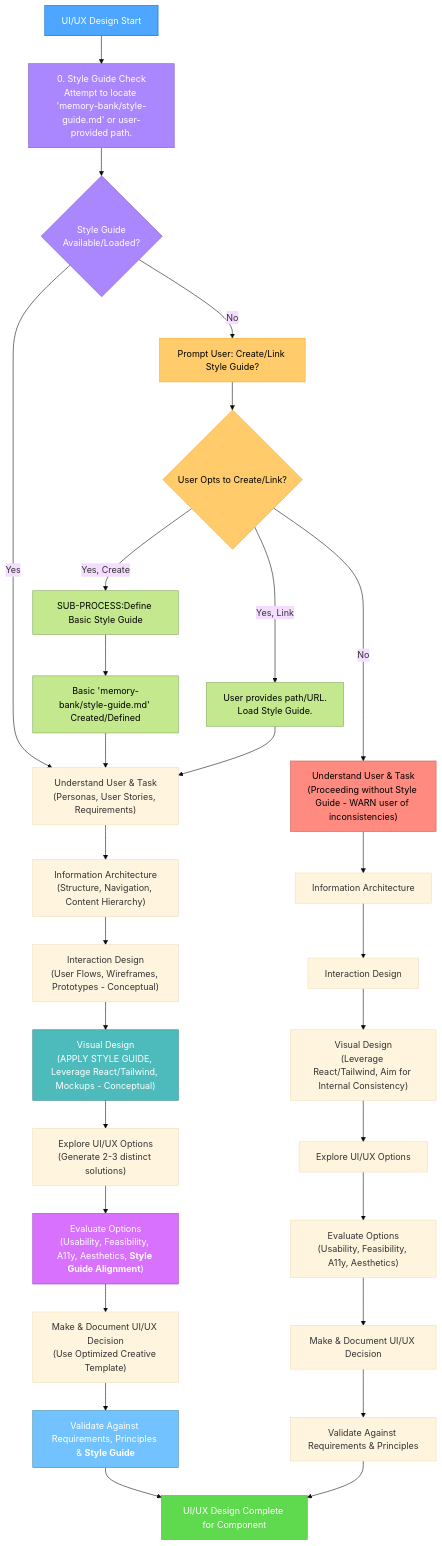
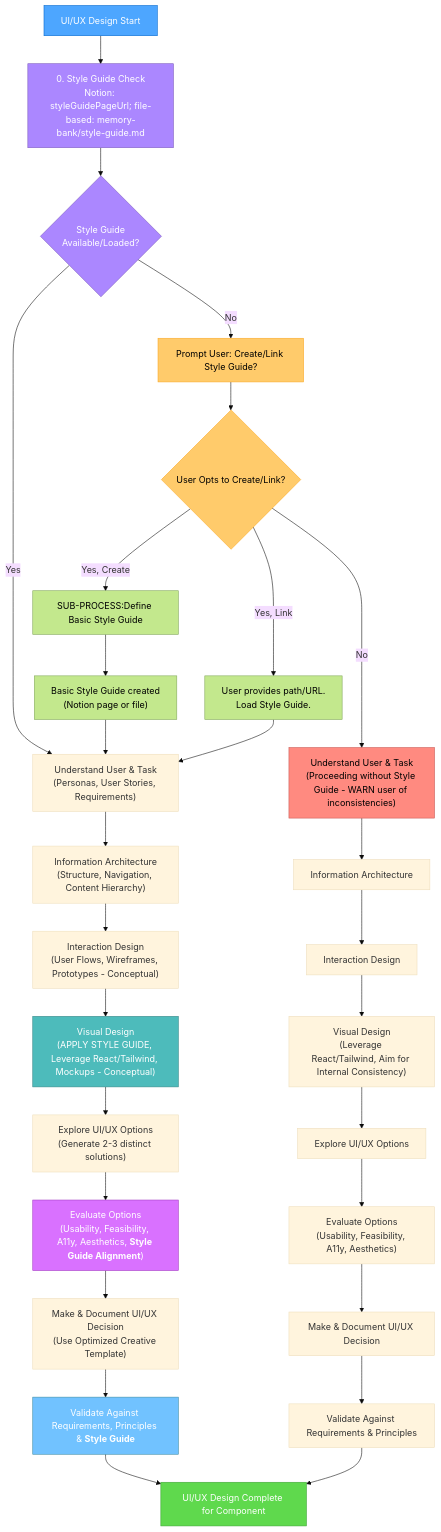
One commit to xianzhu21/cursor-memory-notion changed the first of 3 diagrams in .cursor/rules/isolation_rules/Phases/CreativePhase/creative-phase-uiux.mdc. Above: the diagram before and after it, drawn with Mermaid (base theme). The commit also changed other lines of this file and 37 other files, not shown here.

First line of the commit message:
feat: align Memory Bank rules with file-based terminology

````diff
--- a/.cursor/rules/isolation_rules/Phases/CreativePhase/creative-phase-uiux.mdc
+++ b/.cursor/rules/isolation_rules/Phases/CreativePhase/creative-phase-uiux.mdc
@@ -26,49 +27,49 @@
 ```mermaid
 graph TD
-    Start["UI/UX Design Start"] --> StyleGuideCheck["0. Style Guide Check<br>Attempt to locate 'memory-bank/style-guide.md' or user-provided path."]
+    Start["UI/UX Design Start"] --> StyleGuideCheck["0. Style Guide Check<br>Notion: styleGuidePageUrl; file-based: memory-bank/style-guide.md"]
     StyleGuideCheck --> HasStyleGuide{"Style Guide<br>Available/Loaded?"}
 
     HasStyleGuide -- "Yes" --> Understand["Understand User & Task<br>(Personas, User Stories, Requirements)"]
     HasStyleGuide -- "No" --> PromptCreateStyleGuide["Prompt User: Create/Link Style Guide?"]
 
     PromptCreateStyleGuide --> UserResponse{"User Opts to Create/Link?"}
     UserResponse -- "Yes, Create" --> DefineStyleGuideSubProcess["SUB-PROCESS:Define Basic Style Guide"]
     UserResponse -- "Yes, Link" --> LinkStyleGuide["User provides path/URL.<br>Load Style Guide."]
     UserResponse -- "No" --> Understand_NoGuide["Understand User & Task<br>(Proceeding without Style Guide - WARN user of inconsistencies)"]
 
-    DefineStyleGuideSubProcess --> StyleGuideCreated["Basic 'memory-bank/style-guide.md' Created/Defined"]
+    DefineStyleGuideSubProcess --> StyleGuideCreated["Basic Style Guide created<br>(Notion page or file)"]
     StyleGuideCreated --> Understand
     LinkStyleGuide --> Understand
     Understand_NoGuide --> InfoArch_NoGuide["Information Architecture"]
 
     Understand --> InfoArch["Information Architecture<br>(Structure, Navigation, Content Hierarchy)"]
     InfoArch --> Interaction["Interaction Design<br>(User Flows, Wireframes, Prototypes - Conceptual)"]
     Interaction --> VisualDesign["Visual Design<br>(APPLY STYLE GUIDE, Leverage React/Tailwind, Mockups - Conceptual)"]
     VisualDesign --> Options["Explore UI/UX Options<br>(Generate 2-3 distinct solutions)"]
     Options --> Evaluate["Evaluate Options<br>(Usability, Feasibility, A11y, Aesthetics, <b>Style Guide Alignment</b>)"]
     Evaluate --> Decision["Make & Document UI/UX Decision<br>(Use Optimized Creative Template)"]
     Decision --> Validate["Validate Against Requirements, Principles & <b>Style Guide</b>"]
     Validate --> UIUX_Complete["UI/UX Design Complete for Component"]
 
     InfoArch_NoGuide --> Interaction_NoGuide["Interaction Design"]
     Interaction_NoGuide --> VisualDesign_NoGuide["Visual Design<br>(Leverage React/Tailwind, Aim for Internal Consistency)"]
     VisualDesign_NoGuide --> Options_NoGuide["Explore UI/UX Options"]
     Options_NoGuide --> Evaluate_NoGuide["Evaluate Options<br>(Usability, Feasibility, A11y, Aesthetics)"]
     Evaluate_NoGuide --> Decision_NoGuide["Make & Document UI/UX Decision"]
     Decision_NoGuide --> Validate_NoGuide["Validate Against Requirements & Principles"]
     Validate_NoGuide --> UIUX_Complete
 
     style Start fill:#4da6ff,stroke:#0066cc,color:white
     style StyleGuideCheck fill:#ab87ff,stroke:#7d5bbe,color:white
     style HasStyleGuide fill:#ab87ff,stroke:#7d5bbe,color:white
     style PromptCreateStyleGuide fill:#ffcb6b,stroke:#f9a825,color:black
     style UserResponse fill:#ffcb6b,stroke:#f9a825,color:black
     style DefineStyleGuideSubProcess fill:#c3e88d,stroke:#82a75c,color:black
     style LinkStyleGuide fill:#c3e88d,stroke:#82a75c,color:black
     style StyleGuideCreated fill:#c3e88d,stroke:#82a75c,color:black
     style VisualDesign fill:#4dbbbb,stroke:#368787,color:white
     style Evaluate fill:#d971ff,stroke:#a33bc2,color:white
     style Validate fill:#71c2ff,stroke:#3b8aa3,color:white
     style Understand_NoGuide fill:#ff8a80,stroke:#c85a54,color:black
     style UIUX_Complete fill:#5fd94d,stroke:#3da336,color:white
 ```
````
